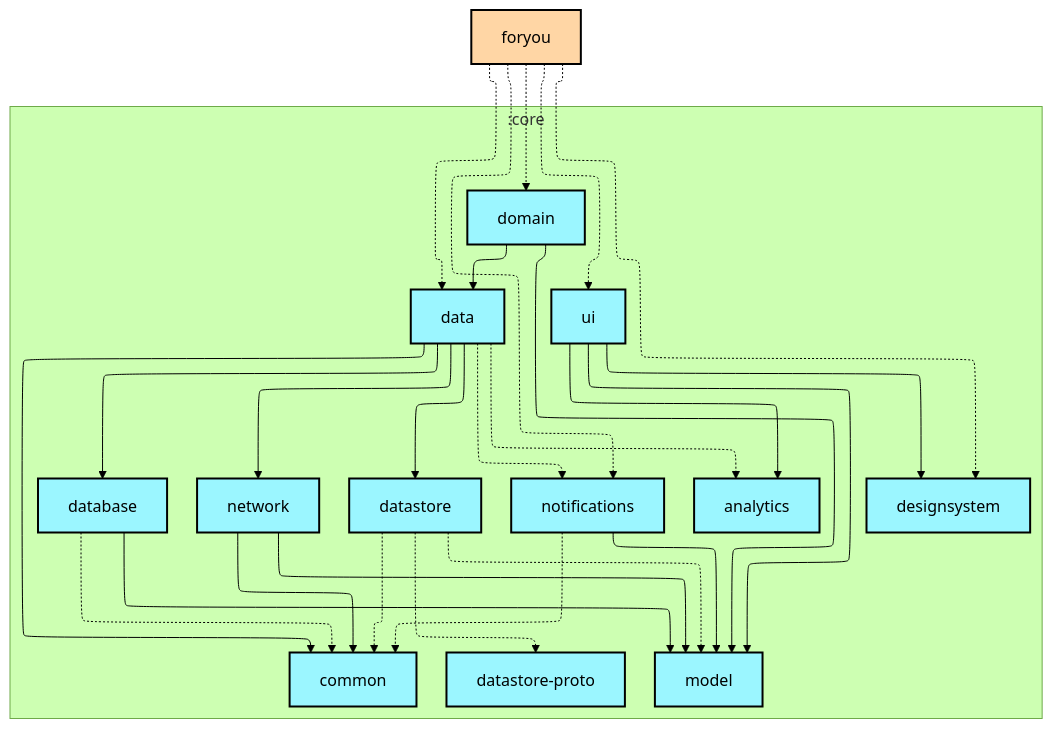
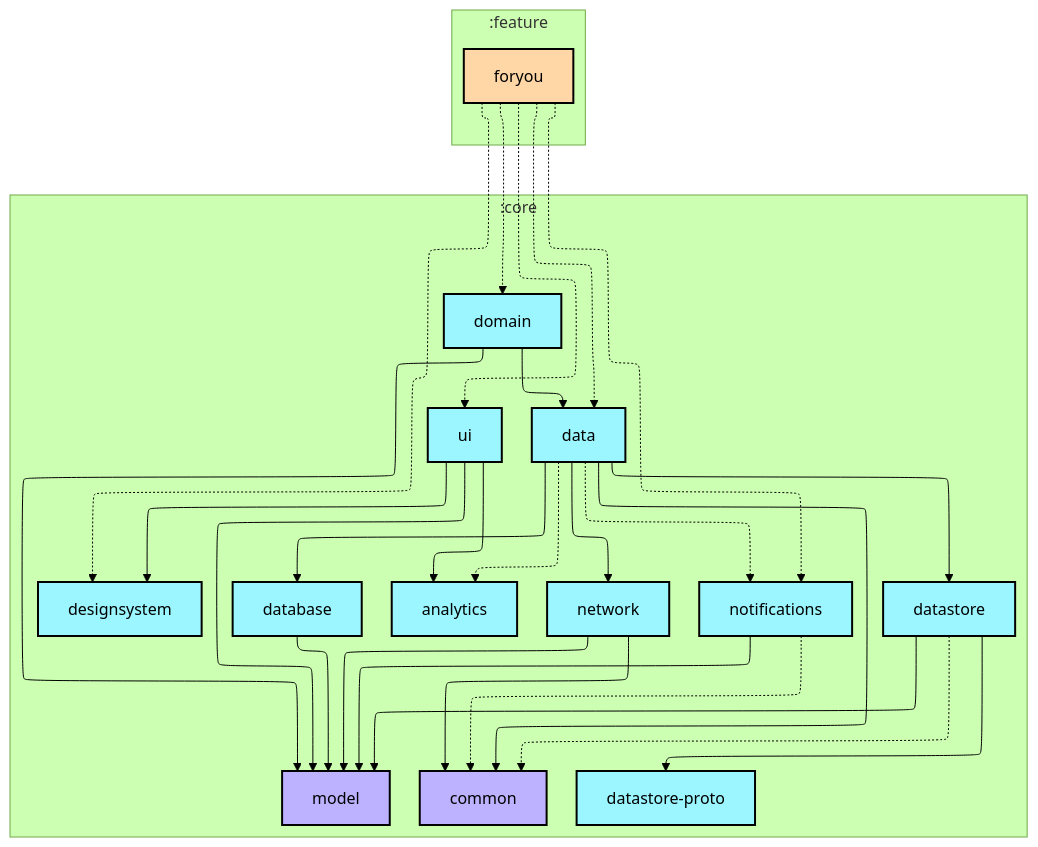
Before and after one commit to lihenggui/nowinkmp: the first of 2 diagrams in feature/foryou/README.md, drawn with Mermaid (forest theme). The commit also changed other lines of this file and 26 other files, not shown here.

First line of the commit message:
Revert "Updates module graphs"

````diff
--- a/feature/foryou/README.md
+++ b/feature/foryou/README.md
@@ -6,58 +6,60 @@
 ```mermaid
 ---
 config:
   layout: elk
   elk:
     nodePlacementStrategy: SIMPLE
 ---
 graph TB
   subgraph :core
     direction TB
-    :core:analytics[analytics]:::kmp-library
-    :core:common[common]:::kmp-library
-    :core:data[data]:::kmp-library
-    :core:database[database]:::kmp-library
-    :core:datastore[datastore]:::kmp-library
-    :core:datastore-proto[datastore-proto]:::kmp-library
-    :core:designsystem[designsystem]:::kmp-library
-    :core:domain[domain]:::kmp-library
-    :core:model[model]:::kmp-library
-    :core:network[network]:::kmp-library
-    :core:notifications[notifications]:::kmp-library
-    :core:ui[ui]:::kmp-library
+    :core:analytics[analytics]:::android-library
+    :core:common[common]:::jvm-library
+    :core:data[data]:::android-library
+    :core:database[database]:::android-library
+    :core:datastore[datastore]:::android-library
+    :core:datastore-proto[datastore-proto]:::android-library
+    :core:designsystem[designsystem]:::android-library
+    :core:domain[domain]:::android-library
+    :core:model[model]:::jvm-library
+    :core:network[network]:::android-library
+    :core:notifications[notifications]:::android-library
+    :core:ui[ui]:::android-library
   end
-  :feature:foryou[foryou]:::cmp-feature
+  subgraph :feature
+    direction TB
+    :feature:foryou[foryou]:::android-feature
+  end
 
   :core:data -.-> :core:analytics
   :core:data --> :core:common
   :core:data --> :core:database
   :core:data --> :core:datastore
   :core:data --> :core:network
   :core:data -.-> :core:notifications
-  :core:database -.-> :core:common
   :core:database --> :core:model
   :core:datastore -.-> :core:common
-  :core:datastore -.-> :core:datastore-proto
-  :core:datastore -.-> :core:model
+  :core:datastore --> :core:datastore-proto
+  :core:datastore --> :core:model
   :core:domain --> :core:data
   :core:domain --> :core:model
   :core:network --> :core:common
   :core:network --> :core:model
   :core:notifications -.-> :core:common
   :core:notifications --> :core:model
   :core:ui --> :core:analytics
   :core:ui --> :core:designsystem
   :core:ui --> :core:model
   :feature:foryou -.-> :core:data
   :feature:foryou -.-> :core:designsystem
   :feature:foryou -.-> :core:domain
   :feature:foryou -.-> :core:notifications
   :feature:foryou -.-> :core:ui
 
-classDef cmp-application fill:#CAFFBF,stroke:#000,stroke-width:2px,color:#000;
-classDef cmp-feature fill:#FFD6A5,stroke:#000,stroke-width:2px,color:#000;
-classDef kmp-library fill:#9BF6FF,stroke:#000,stroke-width:2px,color:#000;
+classDef android-application fill:#CAFFBF,stroke:#000,stroke-width:2px,color:#000;
+classDef android-feature fill:#FFD6A5,stroke:#000,stroke-width:2px,color:#000;
+classDef android-library fill:#9BF6FF,stroke:#000,stroke-width:2px,color:#000;
+classDef android-test fill:#A0C4FF,stroke:#000,stroke-width:2px,color:#000;
 classDef jvm-library fill:#BDB2FF,stroke:#000,stroke-width:2px,color:#000;
-classDef android-test fill:#A0C4FF,stroke:#000,stroke-width:2px,color:#000;
 classDef unknown fill:#FFADAD,stroke:#000,stroke-width:2px,color:#000;
 ```
````
